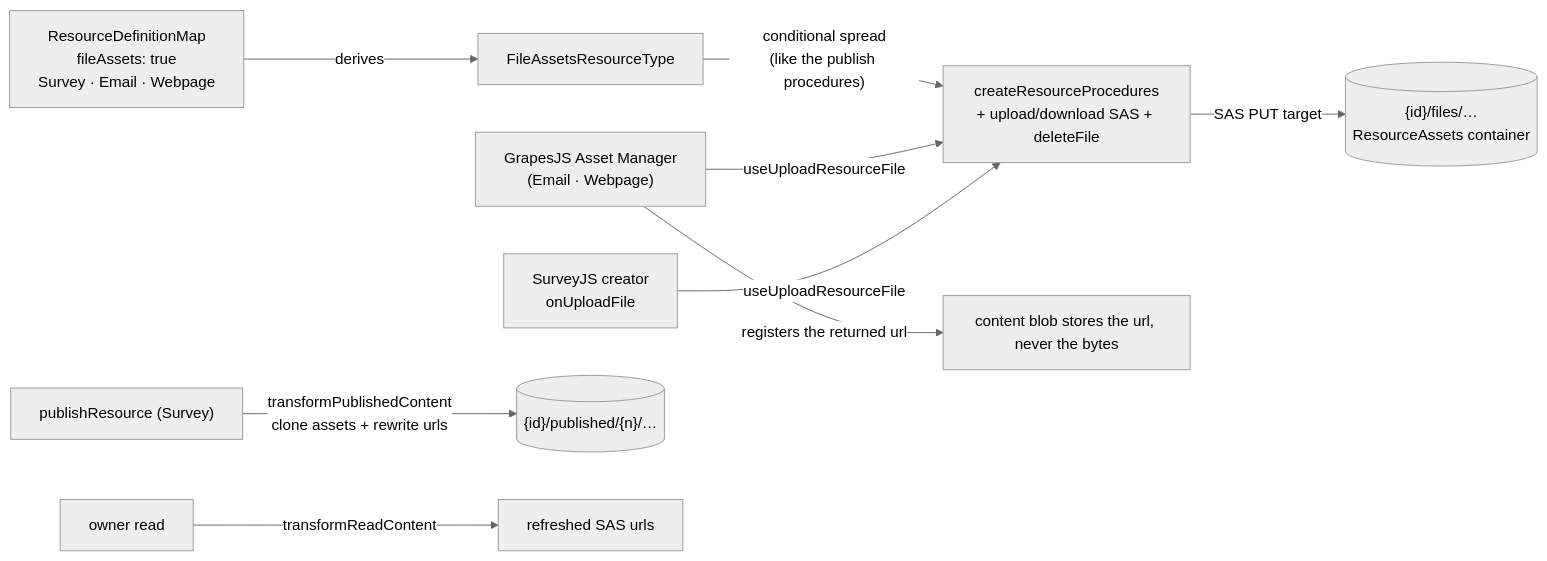
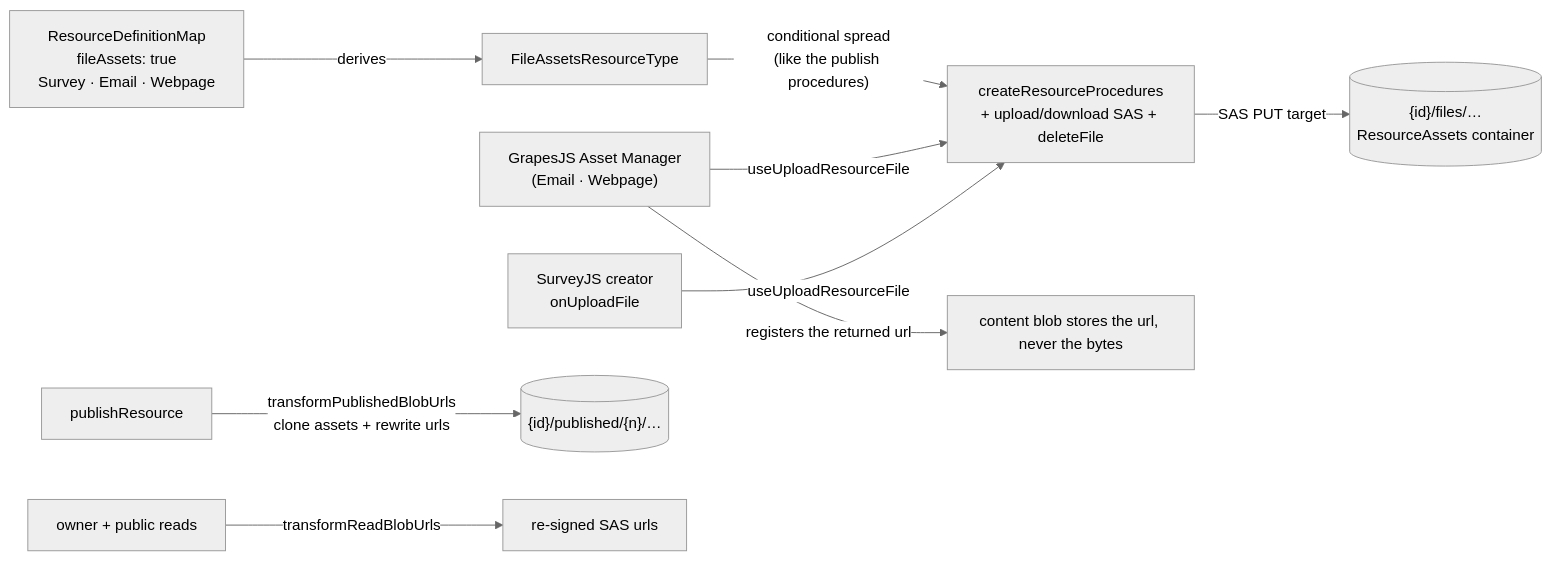
Before and after one commit to Esposter/Esposter: the diagram in packages/app/content/docs/platform/resource-file-assets.md, drawn with Mermaid (neutral theme). The commit also changed other lines of this file and 48 other files, not shown here.

````diff
--- a/packages/app/content/docs/platform/resource-file-assets.md
+++ b/packages/app/content/docs/platform/resource-file-assets.md
@@ -16,11 +16,11 @@
 ```mermaid
 flowchart LR
   DEF["ResourceDefinitionMap<br/>fileAssets: true<br/>Survey · Email · Webpage"] -->|derives| UNION["FileAssetsResourceType"]
   UNION -->|"conditional spread<br/>(like the publish procedures)"| FACTORY["createResourceProcedures<br/>+ upload/download SAS + deleteFile"]
   AM["GrapesJS Asset Manager<br/>(Email · Webpage)"] -->|"useUploadResourceFile"| FACTORY
   CREATOR["SurveyJS creator<br/>onUploadFile"] -->|useUploadResourceFile| FACTORY
   FACTORY -->|SAS PUT target| BLOB[("{id}/files/…<br/>ResourceAssets container")]
   AM -->|"registers the returned url"| CANVAS["content blob stores the url, never the bytes"]
-  PUB["publishResource (Survey)"] -->|"transformPublishedContent<br/>clone assets + rewrite urls"| SNAP[("{id}/published/{n}/…")]
-  OWN["owner read"] -->|transformReadContent| SAS["refreshed SAS urls"]
+  PUB["publishResource"] -->|"transformPublishedBlobUrls<br/>clone assets + rewrite urls"| SNAP[("{id}/published/{n}/…")]
+  OWN["owner + public reads"] -->|transformReadBlobUrls| SAS["re-signed SAS urls"]
 ```
````
